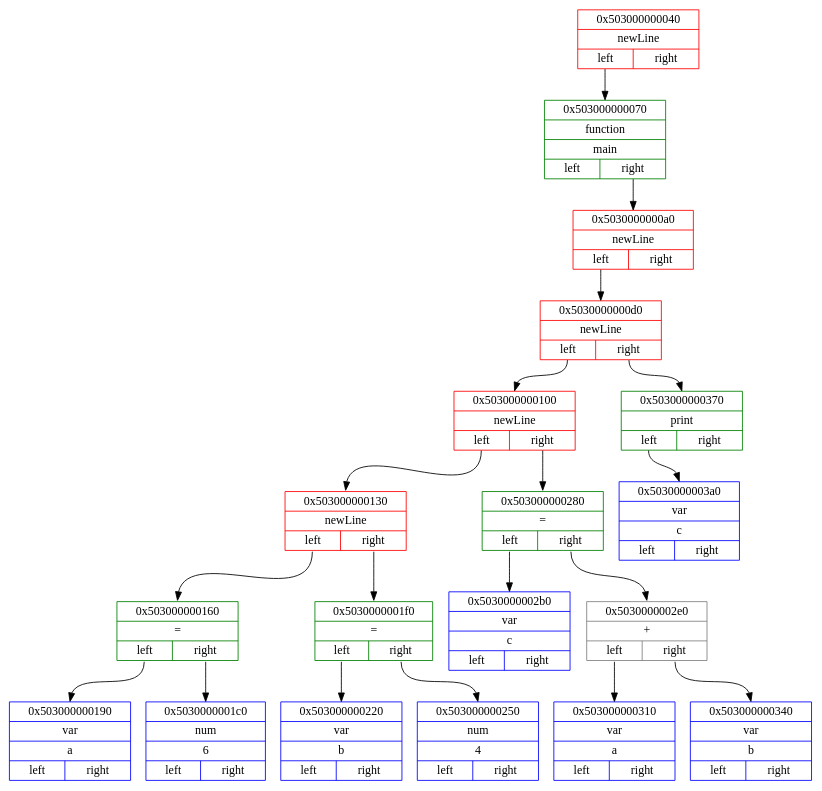
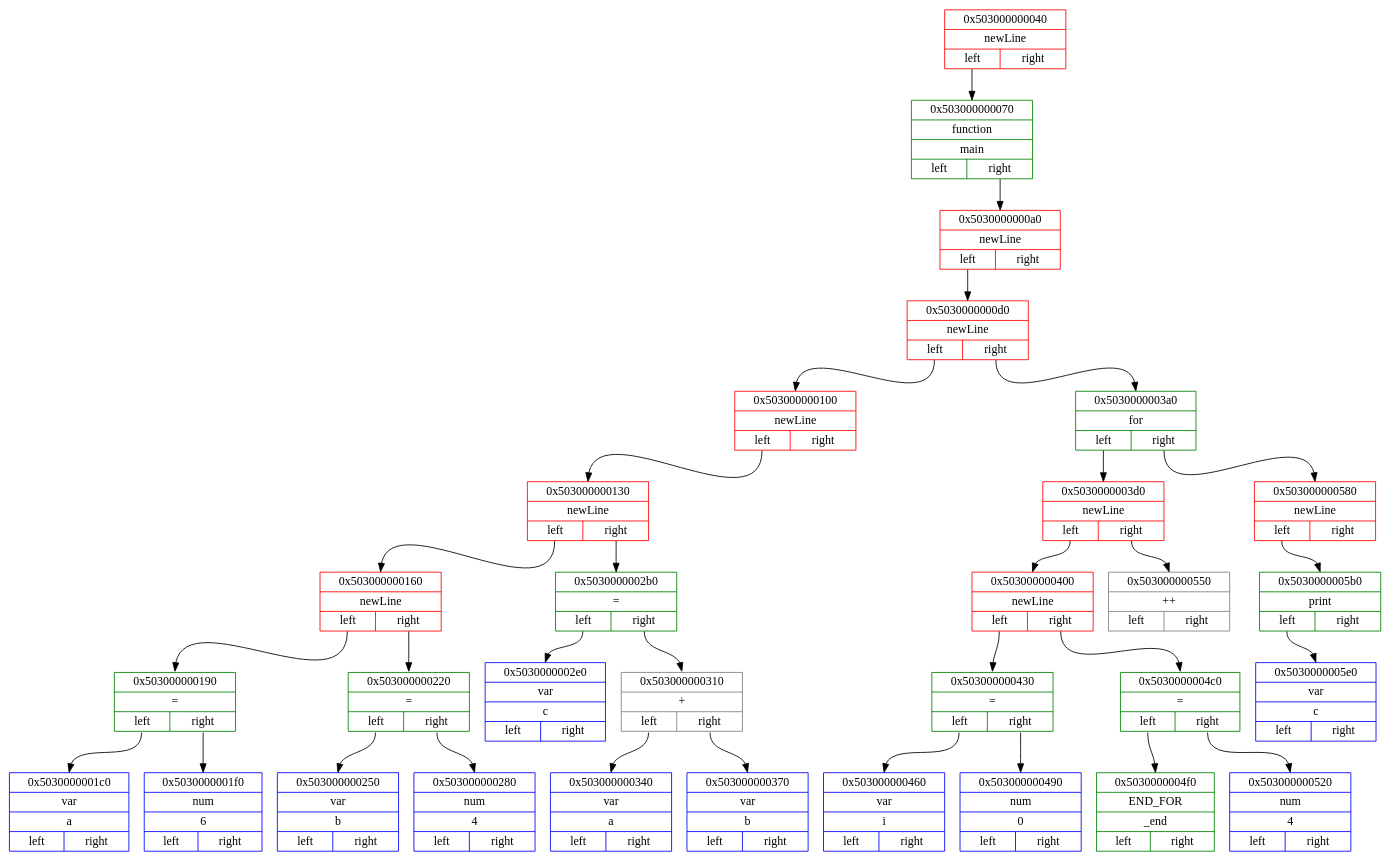
One commit to Matvey787/Language changed the diagram in dot_files/backendDotFile.dot. Above: the diagram before and after it, drawn with Graphviz. The commit also changed 14 other files, not shown here.

```diff
--- a/dot_files/backendDotFile.dot
+++ b/dot_files/backendDotFile.dot
@@ -1,42 +1,66 @@
 digraph
 { 
 rankdir=HR;
 
 node0x503000000040 [ shape=record, color = red rank = 1, label= "{ 0x503000000040 | newLine |         {<n0x503000000040_l> left | <n0x503000000040_r> right}} " ];
 node0x503000000070 [ shape=record, color = green rank = 2, label= "{ 0x503000000070 | function | main |         {<n0x503000000070_l> left | <n0x503000000070_r> right}} " ];
 node0x5030000000a0 [ shape=record, color = red rank = 3, label= "{ 0x5030000000a0 | newLine |         {<n0x5030000000a0_l> left | <n0x5030000000a0_r> right}} " ];
 node0x5030000000d0 [ shape=record, color = red rank = 4, label= "{ 0x5030000000d0 | newLine |         {<n0x5030000000d0_l> left | <n0x5030000000d0_r> right}} " ];
 node0x503000000100 [ shape=record, color = red rank = 5, label= "{ 0x503000000100 | newLine |         {<n0x503000000100_l> left | <n0x503000000100_r> right}} " ];
 node0x503000000130 [ shape=record, color = red rank = 6, label= "{ 0x503000000130 | newLine |         {<n0x503000000130_l> left | <n0x503000000130_r> right}} " ];
-node0x503000000160 [ shape=record, color = green rank = 7, label= "{ 0x503000000160 | = |         {<n0x503000000160_l> left | <n0x503000000160_r> right}} " ];
-node0x503000000190 [ shape=record, color = blue rank = 8, label= "{ 0x503000000190 | var | a |         {<n0x503000000190_l> left | <n0x503000000190_r> right}} " ];
+node0x503000000160 [ shape=record, color = red rank = 7, label= "{ 0x503000000160 | newLine |         {<n0x503000000160_l> left | <n0x503000000160_r> right}} " ];
+node0x503000000190 [ shape=record, color = green rank = 8, label= "{ 0x503000000190 | = |         {<n0x503000000190_l> left | <n0x503000000190_r> right}} " ];
+node0x5030000001c0 [ shape=record, color = blue rank = 9, label= "{ 0x5030000001c0 | var | a |         {<n0x5030000001c0_l> left | <n0x5030000001c0_r> right}} " ];
+node0x503000000190:<n0x503000000190_l>:s -> node0x5030000001c0:n [ color = black; ]
+node0x5030000001f0 [ shape=record, color = blue rank = 10, label= "{ 0x5030000001f0 | num | 6 |         {<n0x5030000001f0_l> left | <n0x5030000001f0_r> right}} " ];
+node0x503000000190:<n0x503000000190_r>:s -> node0x5030000001f0:n [ color = black; ]
 node0x503000000160:<n0x503000000160_l>:s -> node0x503000000190:n [ color = black; ]
-node0x5030000001c0 [ shape=record, color = blue rank = 9, label= "{ 0x5030000001c0 | num | 6 |         {<n0x5030000001c0_l> left | <n0x5030000001c0_r> right}} " ];
-node0x503000000160:<n0x503000000160_r>:s -> node0x5030000001c0:n [ color = black; ]
+node0x503000000220 [ shape=record, color = green rank = 9, label= "{ 0x503000000220 | = |         {<n0x503000000220_l> left | <n0x503000000220_r> right}} " ];
+node0x503000000250 [ shape=record, color = blue rank = 10, label= "{ 0x503000000250 | var | b |         {<n0x503000000250_l> left | <n0x503000000250_r> right}} " ];
+node0x503000000220:<n0x503000000220_l>:s -> node0x503000000250:n [ color = black; ]
+node0x503000000280 [ shape=record, color = blue rank = 11, label= "{ 0x503000000280 | num | 4 |         {<n0x503000000280_l> left | <n0x503000000280_r> right}} " ];
+node0x503000000220:<n0x503000000220_r>:s -> node0x503000000280:n [ color = black; ]
+node0x503000000160:<n0x503000000160_r>:s -> node0x503000000220:n [ color = black; ]
 node0x503000000130:<n0x503000000130_l>:s -> node0x503000000160:n [ color = black; ]
-node0x5030000001f0 [ shape=record, color = green rank = 8, label= "{ 0x5030000001f0 | = |         {<n0x5030000001f0_l> left | <n0x5030000001f0_r> right}} " ];
-node0x503000000220 [ shape=record, color = blue rank = 9, label= "{ 0x503000000220 | var | b |         {<n0x503000000220_l> left | <n0x503000000220_r> right}} " ];
-node0x5030000001f0:<n0x5030000001f0_l>:s -> node0x503000000220:n [ color = black; ]
-node0x503000000250 [ shape=record, color = blue rank = 10, label= "{ 0x503000000250 | num | 4 |         {<n0x503000000250_l> left | <n0x503000000250_r> right}} " ];
-node0x5030000001f0:<n0x5030000001f0_r>:s -> node0x503000000250:n [ color = black; ]
-node0x503000000130:<n0x503000000130_r>:s -> node0x5030000001f0:n [ color = black; ]
+node0x5030000002b0 [ shape=record, color = green rank = 8, label= "{ 0x5030000002b0 | = |         {<n0x5030000002b0_l> left | <n0x5030000002b0_r> right}} " ];
+node0x5030000002e0 [ shape=record, color = blue rank = 9, label= "{ 0x5030000002e0 | var | c |         {<n0x5030000002e0_l> left | <n0x5030000002e0_r> right}} " ];
+node0x5030000002b0:<n0x5030000002b0_l>:s -> node0x5030000002e0:n [ color = black; ]
+node0x503000000310 [ shape=record, color = grey rank = 10, label= "{ 0x503000000310 | + |         {<n0x503000000310_l> left | <n0x503000000310_r> right}} " ];
+node0x503000000340 [ shape=record, color = blue rank = 11, label= "{ 0x503000000340 | var | a |         {<n0x503000000340_l> left | <n0x503000000340_r> right}} " ];
+node0x503000000310:<n0x503000000310_l>:s -> node0x503000000340:n [ color = black; ]
+node0x503000000370 [ shape=record, color = blue rank = 12, label= "{ 0x503000000370 | var | b |         {<n0x503000000370_l> left | <n0x503000000370_r> right}} " ];
+node0x503000000310:<n0x503000000310_r>:s -> node0x503000000370:n [ color = black; ]
+node0x5030000002b0:<n0x5030000002b0_r>:s -> node0x503000000310:n [ color = black; ]
+node0x503000000130:<n0x503000000130_r>:s -> node0x5030000002b0:n [ color = black; ]
 node0x503000000100:<n0x503000000100_l>:s -> node0x503000000130:n [ color = black; ]
-node0x503000000280 [ shape=record, color = green rank = 7, label= "{ 0x503000000280 | = |         {<n0x503000000280_l> left | <n0x503000000280_r> right}} " ];
-node0x5030000002b0 [ shape=record, color = blue rank = 8, label= "{ 0x5030000002b0 | var | c |         {<n0x5030000002b0_l> left | <n0x5030000002b0_r> right}} " ];
-node0x503000000280:<n0x503000000280_l>:s -> node0x5030000002b0:n [ color = black; ]
-node0x5030000002e0 [ shape=record, color = grey rank = 9, label= "{ 0x5030000002e0 | + |         {<n0x5030000002e0_l> left | <n0x5030000002e0_r> right}} " ];
-node0x503000000310 [ shape=record, color = blue rank = 10, label= "{ 0x503000000310 | var | a |         {<n0x503000000310_l> left | <n0x503000000310_r> right}} " ];
-node0x5030000002e0:<n0x5030000002e0_l>:s -> node0x503000000310:n [ color = black; ]
-node0x503000000340 [ shape=record, color = blue rank = 11, label= "{ 0x503000000340 | var | b |         {<n0x503000000340_l> left | <n0x503000000340_r> right}} " ];
-node0x5030000002e0:<n0x5030000002e0_r>:s -> node0x503000000340:n [ color = black; ]
-node0x503000000280:<n0x503000000280_r>:s -> node0x5030000002e0:n [ color = black; ]
-node0x503000000100:<n0x503000000100_r>:s -> node0x503000000280:n [ color = black; ]
 node0x5030000000d0:<n0x5030000000d0_l>:s -> node0x503000000100:n [ color = black; ]
-node0x503000000370 [ shape=record, color = green rank = 6, label= "{ 0x503000000370 | print |         {<n0x503000000370_l> left | <n0x503000000370_r> right}} " ];
-node0x5030000003a0 [ shape=record, color = blue rank = 7, label= "{ 0x5030000003a0 | var | c |         {<n0x5030000003a0_l> left | <n0x5030000003a0_r> right}} " ];
-node0x503000000370:<n0x503000000370_l>:s -> node0x5030000003a0:n [ color = black; ]
-node0x5030000000d0:<n0x5030000000d0_r>:s -> node0x503000000370:n [ color = black; ]
+node0x5030000003a0 [ shape=record, color = green rank = 6, label= "{ 0x5030000003a0 | for |         {<n0x5030000003a0_l> left | <n0x5030000003a0_r> right}} " ];
+node0x5030000003d0 [ shape=record, color = red rank = 7, label= "{ 0x5030000003d0 | newLine |         {<n0x5030000003d0_l> left | <n0x5030000003d0_r> right}} " ];
+node0x503000000400 [ shape=record, color = red rank = 8, label= "{ 0x503000000400 | newLine |         {<n0x503000000400_l> left | <n0x503000000400_r> right}} " ];
+node0x503000000430 [ shape=record, color = green rank = 9, label= "{ 0x503000000430 | = |         {<n0x503000000430_l> left | <n0x503000000430_r> right}} " ];
+node0x503000000460 [ shape=record, color = blue rank = 10, label= "{ 0x503000000460 | var | i |         {<n0x503000000460_l> left | <n0x503000000460_r> right}} " ];
+node0x503000000430:<n0x503000000430_l>:s -> node0x503000000460:n [ color = black; ]
+node0x503000000490 [ shape=record, color = blue rank = 11, label= "{ 0x503000000490 | num | 0 |         {<n0x503000000490_l> left | <n0x503000000490_r> right}} " ];
+node0x503000000430:<n0x503000000430_r>:s -> node0x503000000490:n [ color = black; ]
+node0x503000000400:<n0x503000000400_l>:s -> node0x503000000430:n [ color = black; ]
+node0x5030000004c0 [ shape=record, color = green rank = 10, label= "{ 0x5030000004c0 | = |         {<n0x5030000004c0_l> left | <n0x5030000004c0_r> right}} " ];
+node0x5030000004f0 [ shape=record, color = green rank = 11, label= "{ 0x5030000004f0 | END_FOR | _end |         {<n0x5030000004f0_l> left | <n0x5030000004f0_r> right}} " ];
+node0x5030000004c0:<n0x5030000004c0_l>:s -> node0x5030000004f0:n [ color = black; ]
+node0x503000000520 [ shape=record, color = blue rank = 12, label= "{ 0x503000000520 | num | 4 |         {<n0x503000000520_l> left | <n0x503000000520_r> right}} " ];
+node0x5030000004c0:<n0x5030000004c0_r>:s -> node0x503000000520:n [ color = black; ]
+node0x503000000400:<n0x503000000400_r>:s -> node0x5030000004c0:n [ color = black; ]
+node0x5030000003d0:<n0x5030000003d0_l>:s -> node0x503000000400:n [ color = black; ]
+node0x503000000550 [ shape=record, color = grey rank = 9, label= "{ 0x503000000550 | ++ |         {<n0x503000000550_l> left | <n0x503000000550_r> right}} " ];
+node0x5030000003d0:<n0x5030000003d0_r>:s -> node0x503000000550:n [ color = black; ]
+node0x5030000003a0:<n0x5030000003a0_l>:s -> node0x5030000003d0:n [ color = black; ]
+node0x503000000580 [ shape=record, color = red rank = 8, label= "{ 0x503000000580 | newLine |         {<n0x503000000580_l> left | <n0x503000000580_r> right}} " ];
+node0x5030000005b0 [ shape=record, color = green rank = 9, label= "{ 0x5030000005b0 | print |         {<n0x5030000005b0_l> left | <n0x5030000005b0_r> right}} " ];
+node0x5030000005e0 [ shape=record, color = blue rank = 10, label= "{ 0x5030000005e0 | var | c |         {<n0x5030000005e0_l> left | <n0x5030000005e0_r> right}} " ];
+node0x5030000005b0:<n0x5030000005b0_l>:s -> node0x5030000005e0:n [ color = black; ]
+node0x503000000580:<n0x503000000580_l>:s -> node0x5030000005b0:n [ color = black; ]
+node0x5030000003a0:<n0x5030000003a0_r>:s -> node0x503000000580:n [ color = black; ]
+node0x5030000000d0:<n0x5030000000d0_r>:s -> node0x5030000003a0:n [ color = black; ]
 node0x5030000000a0:<n0x5030000000a0_l>:s -> node0x5030000000d0:n [ color = black; ]
 node0x503000000070:<n0x503000000070_r>:s -> node0x5030000000a0:n [ color = black; ]
 node0x503000000040:<n0x503000000040_l>:s -> node0x503000000070:n [ color = black; ]
 }
```
